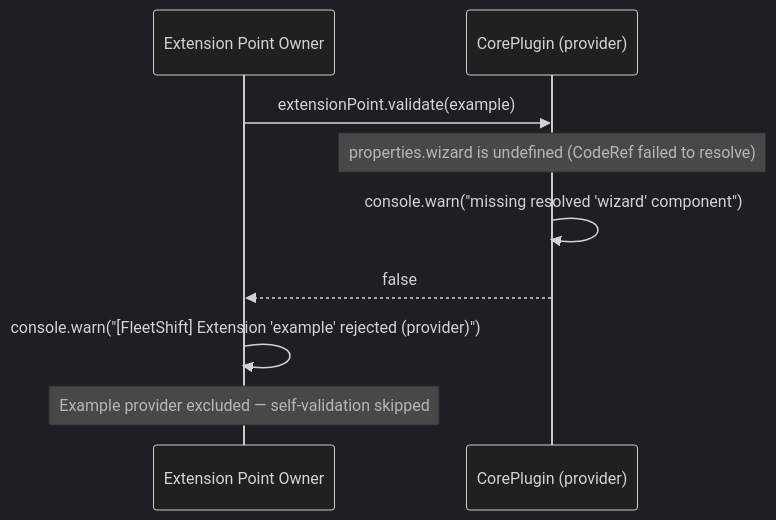
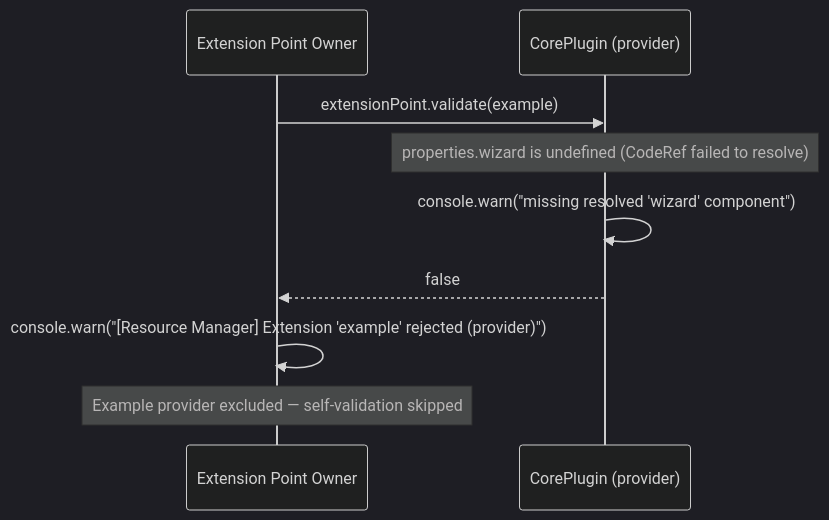
The third of 4 diagrams in docs/ui/extension-validation.md (fleetshift/fleetshift-poc), drawn with Mermaid (dark theme) before and after one commit. The commit also changed other lines of this file and 1079 other files, not shown here.

Commit message:
Rename experimental OCM resource manager source and runtime identities

````diff
--- a/docs/ui/extension-validation.md
+++ b/docs/ui/extension-validation.md
@@ -571,12 +571,12 @@
 ```mermaid
 sequenceDiagram
     participant EPOwner as Extension Point Owner
     participant Core as CorePlugin (provider)
 
     EPOwner->>Core: extensionPoint.validate(example)
     Note over Core: properties.wizard is undefined (CodeRef failed to resolve)
     Core->>Core: console.warn("missing resolved 'wizard' component")
     Core-->>EPOwner: false
-    EPOwner->>EPOwner: console.warn("[FleetShift] Extension 'example' rejected (provider)")
+    EPOwner->>EPOwner: console.warn("[Resource Manager] Extension 'example' rejected (provider)")
     Note over EPOwner: Example provider excluded — self-validation skipped
 ```
````
